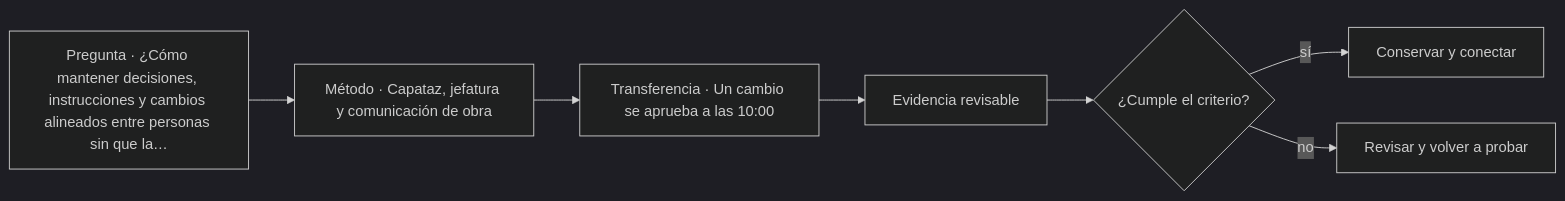
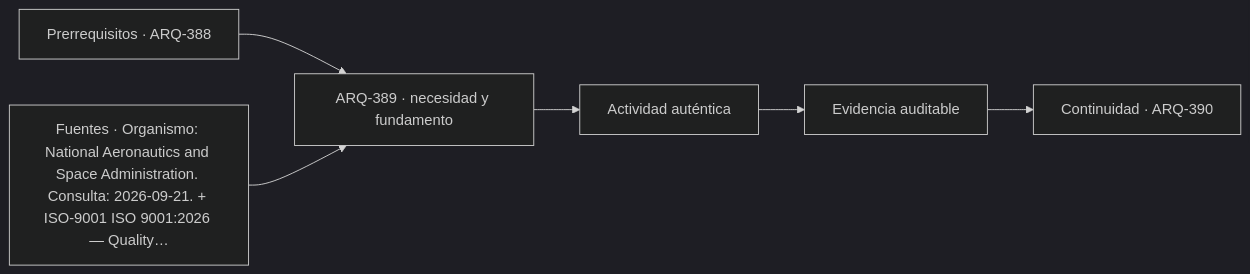
Before and after one commit to vladimiracunadev-create/architecture-built-environment-learning-program: the diagram in classes/parte-39/ARQ-389.md, drawn with Mermaid (dark theme). The commit also changed other lines of this file and 761 other files, not shown here.

````diff
--- a/classes/parte-39/ARQ-389.md
+++ b/classes/parte-39/ARQ-389.md
@@ -101,9 +113,8 @@
 ```mermaid
 flowchart LR
-    Q["Pregunta · ¿Cómo mantener decisiones, instrucciones y cambios alineados entre personas sin que la…"] --> M["Método · Capataz, jefatura y comunicación de obra"]
-    M --> P["Transferencia · Un cambio se aprueba a las 10:00"]
-    P --> E["Evidencia revisable"]
-    E --> C{"¿Cumple el criterio?"}
-    C -->|sí| T["Conservar y conectar"]
-    C -->|no| R["Revisar y volver a probar"]
+    A["Prerrequisitos · ARQ-388"] --> B["ARQ-389 · necesidad y fundamento"]
+    S["Fuentes · Organismo: National Aeronautics and Space Administration. Consulta: 2026-09-21. + ISO-9001 ISO 9001:2026 — Quality…"] --> B
+    B --> C["Actividad auténtica"]
+    C --> D["Evidencia auditable"]
+    D --> E["Continuidad · ARQ-390"]
 ```
````
